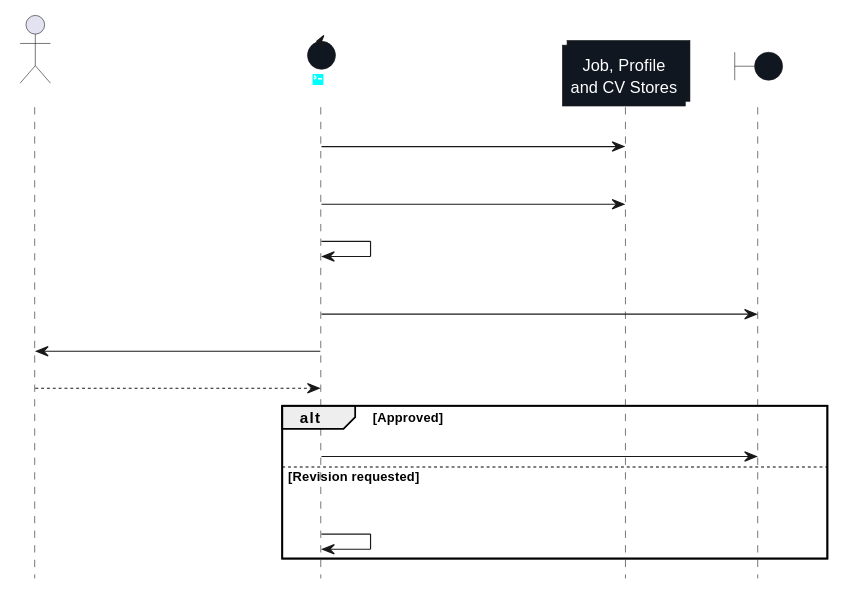
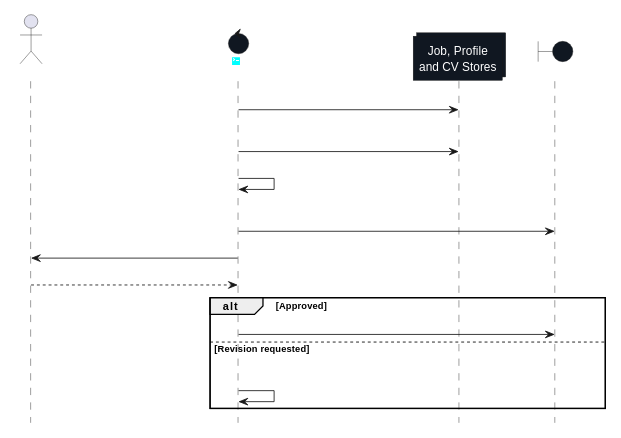
Before and after one commit to ddm18/codex-managed-application-workflow: the diagram in docs/workflow.md, drawn with PlantUML. The commit also changed 1 other file, not shown here.

Commit message:
Fix PlantUML diagram sizing

````diff
--- a/docs/workflow.md
+++ b/docs/workflow.md
@@ -9,25 +9,25 @@
 ```plantuml
 @startuml
-scale 0.80
+scale 0.58
 hide footbox
 autonumber "<font color=white><b>#</b></font>"
 
 actor "<color:white>user</color>" as U
 control "<color:cyan><&terminal></color>\n<color:white>Codex</color>" as C #101721
 collections "<color:white>Job, Profile</color>\n<color:white>and CV Stores</color>" as S #101721
 boundary "<color:white>Browser / ATS</color>" as B #101721
 
 C -> S: <color:white>Find role and read reusable evidence</color>
 C -> S: <color:white>Create job workspace</color>\n<color:white>and tailor CV to job</color>
 C -> C: <color:white>Compile PDF and inspect preview</color>
 C -> B: <color:white>Fill application flow</color>\n<color:white>with approved data</color>
 C -> U: <color:white>Request final submission approval</color>
 U --> C: <color:white>Approve or request revision</color>
 
 alt Approved
   C -> B: <color:white>Submit application</color>
 else Revision requested
   C -> C: <color:white>Revise CV, answers</color>\n<color:white>or attachments</color>
 end
 @enduml
 ```
````
